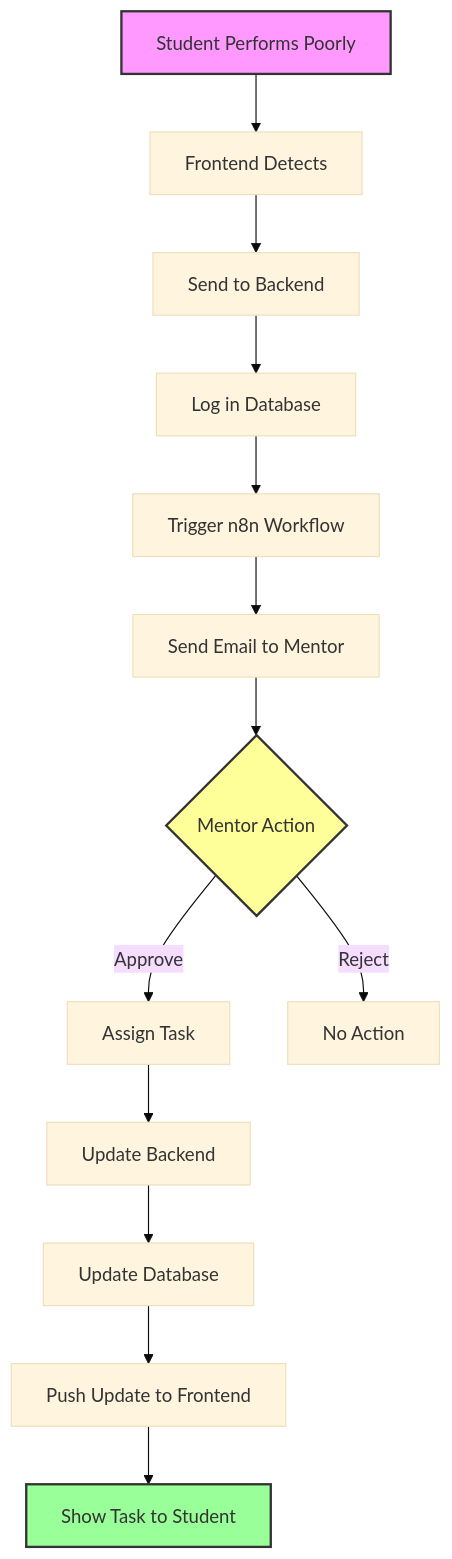
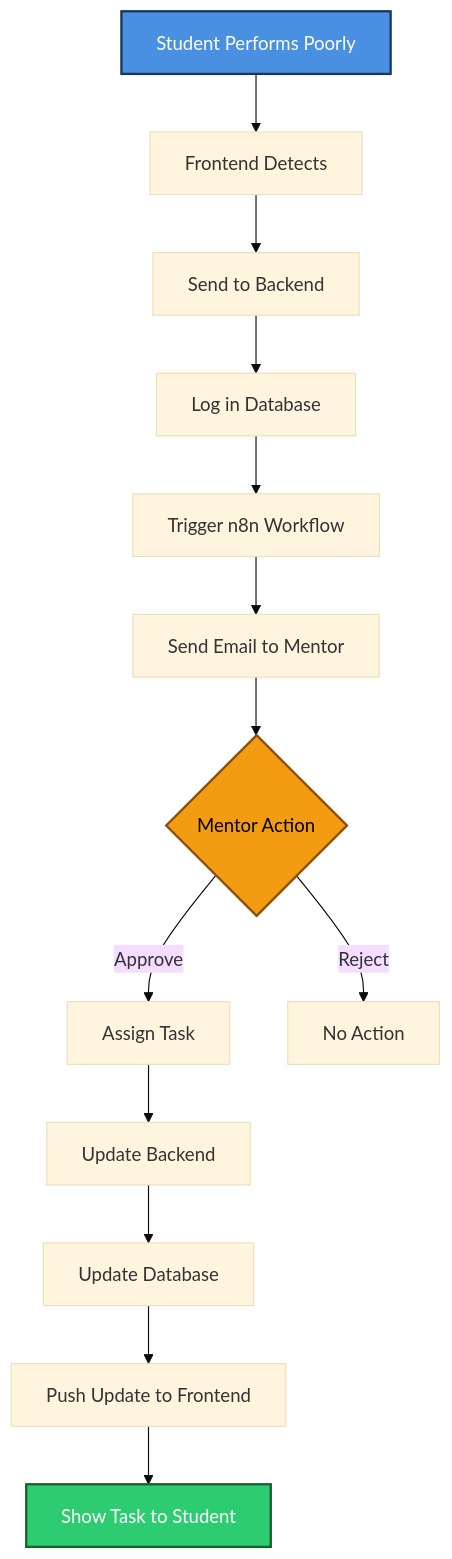
Before and after one commit to ashut0shj/FocusLoop-alcoviai-assignment: the diagram in README.md, drawn with Mermaid (base theme).

````diff
--- a/README.md
+++ b/README.md
@@ -52,19 +52,19 @@
 ```mermaid
 flowchart TD
     A[Student Performs Poorly] --> B[Frontend Detects]
     B --> C[Send to Backend]
     C --> D[Log in Database]
     D --> E[Trigger n8n Workflow]
     E --> F[Send Email to Mentor]
     F --> G{Mentor Action}
     G -->|Approve| H[Assign Task]
     G -->|Reject| I[No Action]
     H --> J[Update Backend]
     J --> K[Update Database]
     K --> L[Push Update to Frontend]
     L --> M[Show Task to Student]
     
-    style A fill:#f9f,stroke:#333,stroke-width:2px
-    style M fill:#9f9,stroke:#333,stroke-width:2px
-    style G fill:#ff9,stroke:#333,stroke-width:2px
+    style A fill:#4a90e2,stroke:#1a365d,stroke-width:2px,color:#ffffff
+    style M fill:#2ecc71,stroke:#1a5f2e,stroke-width:2px,color:#ffffff
+    style G fill:#f39c12,stroke:#8e4d0e,stroke-width:2px,color:#000000
 ```
````
